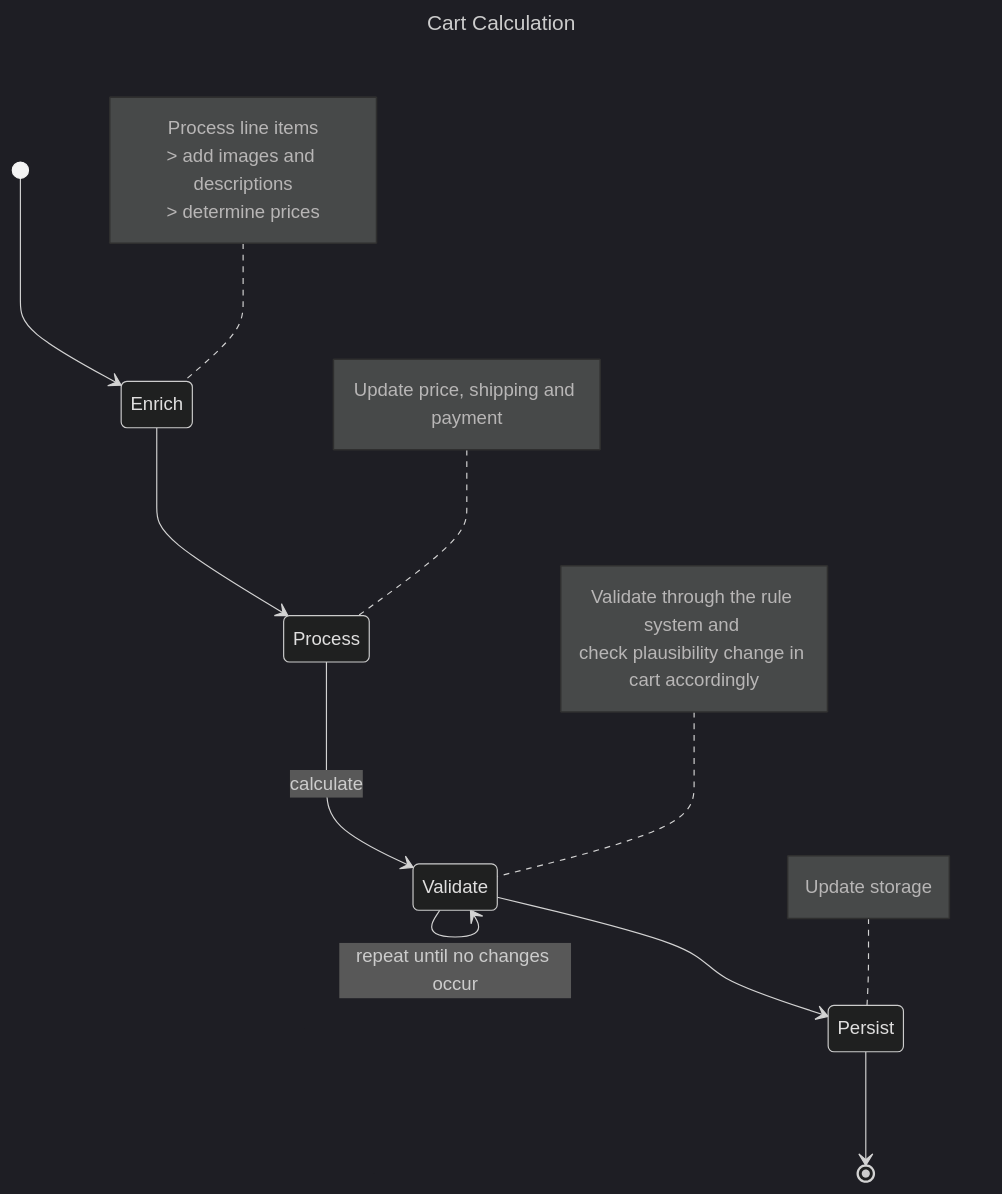
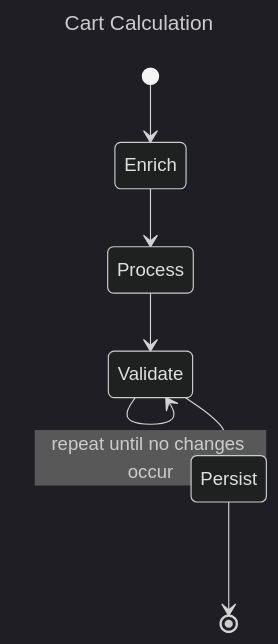
One commit to shopware/docs changed the second of 4 diagrams in concepts/commerce/checkout-concept/cart.md. Above: the diagram before and after it, drawn with Mermaid (dark theme). The commit also changed other lines of this file and 16 other files, not shown here.

Commit message:
Update diagrams and description

````diff
--- a/concepts/commerce/checkout-concept/cart.md
+++ b/concepts/commerce/checkout-concept/cart.md
@@ -134,27 +94,12 @@
 ```mermaid
 ---
 title: Cart Calculation
 ---
 stateDiagram-v2
     [*] --> Enrich
-    note left of Enrich
-            Process line items
-            > add images and descriptions
-            > determine prices
-        end note
     Enrich --> Process
-    note left of Process
-        Update price, shipping and payment
-    end note
-    Process --> Validate : calculate
-    note left of Validate
-    Validate through the rule system and 
-    check plausibility change in cart accordingly
-    end note
+    Process --> Validate
     Validate --> Validate : repeat until no changes occur
     Validate --> Persist
-    note left of Persist
-    Update storage
-    end note
     Persist --> [*]
 ```
````
